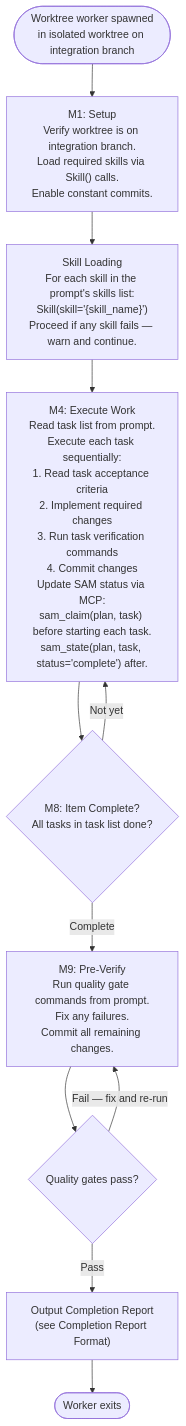
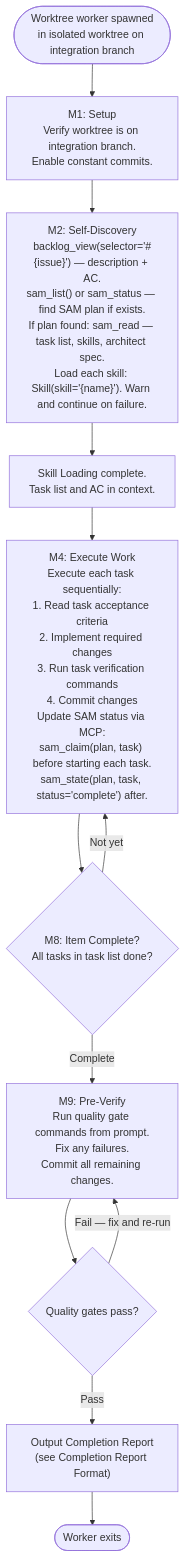
The first of 2 diagrams in plugins/development-harness/skills/work-milestone/references/worktree-worker-protocol.md (chgreer1070/claude_skills), drawn with Mermaid before and after one commit. The commit also changed other lines of this file and 4 other files, not shown here.

First line of the commit message:
fix(work-milestone): remove pre-decomposition anti-pattern, agents self-discover via MCP

````diff
--- a/plugins/development-harness/skills/work-milestone/references/worktree-worker-protocol.md
+++ b/plugins/development-harness/skills/work-milestone/references/worktree-worker-protocol.md
@@ -9,19 +9,21 @@
 ```mermaid
 flowchart TD
-    Start(["Worktree worker spawned<br>in isolated worktree on integration branch"]) --> M1["M1: Setup<br>Verify worktree is on integration branch.<br>Load required skills via Skill() calls.<br>Enable constant commits."]
+    Start(["Worktree worker spawned<br>in isolated worktree on integration branch"]) --> M1["M1: Setup<br>Verify worktree is on integration branch.<br>Enable constant commits."]
 
-    M1 --> SkillLoad["Skill Loading<br>For each skill in the prompt's skills list:<br>Skill(skill='{skill_name}')<br>Proceed if any skill fails — warn and continue."]
+    M1 --> M2["M2: Self-Discovery<br>backlog_view(selector='#{issue}') — description + AC.<br>sam_list() or sam_status — find SAM plan if exists.<br>If plan found: sam_read — task list, skills, architect spec.<br>Load each skill: Skill(skill='{name}'). Warn and continue on failure."]
 
-    SkillLoad --> M4["M4: Execute Work<br>Read task list from prompt.<br>Execute each task sequentially:<br>1. Read task acceptance criteria<br>2. Implement required changes<br>3. Run task verification commands<br>4. Commit changes<br>Update SAM status via MCP:<br>sam_claim(plan, task) before starting each task.<br>sam_state(plan, task, status='complete') after."]
+    M2 --> SkillLoad["Skill Loading complete.<br>Task list and AC in context."]
+
+    SkillLoad --> M4["M4: Execute Work<br>Execute each task sequentially:<br>1. Read task acceptance criteria<br>2. Implement required changes<br>3. Run task verification commands<br>4. Commit changes<br>Update SAM status via MCP:<br>sam_claim(plan, task) before starting each task.<br>sam_state(plan, task, status='complete') after."]
 
     M4 --> M8{"M8: Item Complete?<br>All tasks in task list done?"}
 
     M8 -->|"Not yet"| M4
     M8 -->|"Complete"| M9["M9: Pre-Verify<br>Run quality gate commands from prompt.<br>Fix any failures.<br>Commit all remaining changes."]
 
     M9 --> GateResult{"Quality gates pass?"}
     GateResult -->|"Fail — fix and re-run"| M9
     GateResult -->|"Pass"| Report["Output Completion Report<br>(see Completion Report Format)"]
 
     Report --> Done(["Worker exits"])
 ```
````
